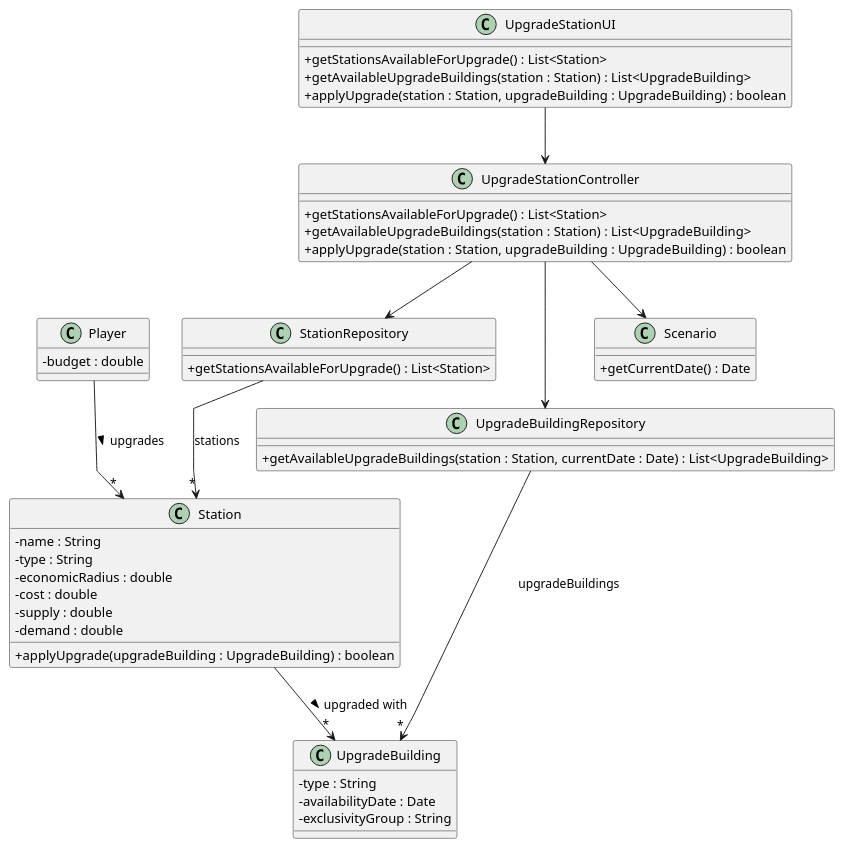
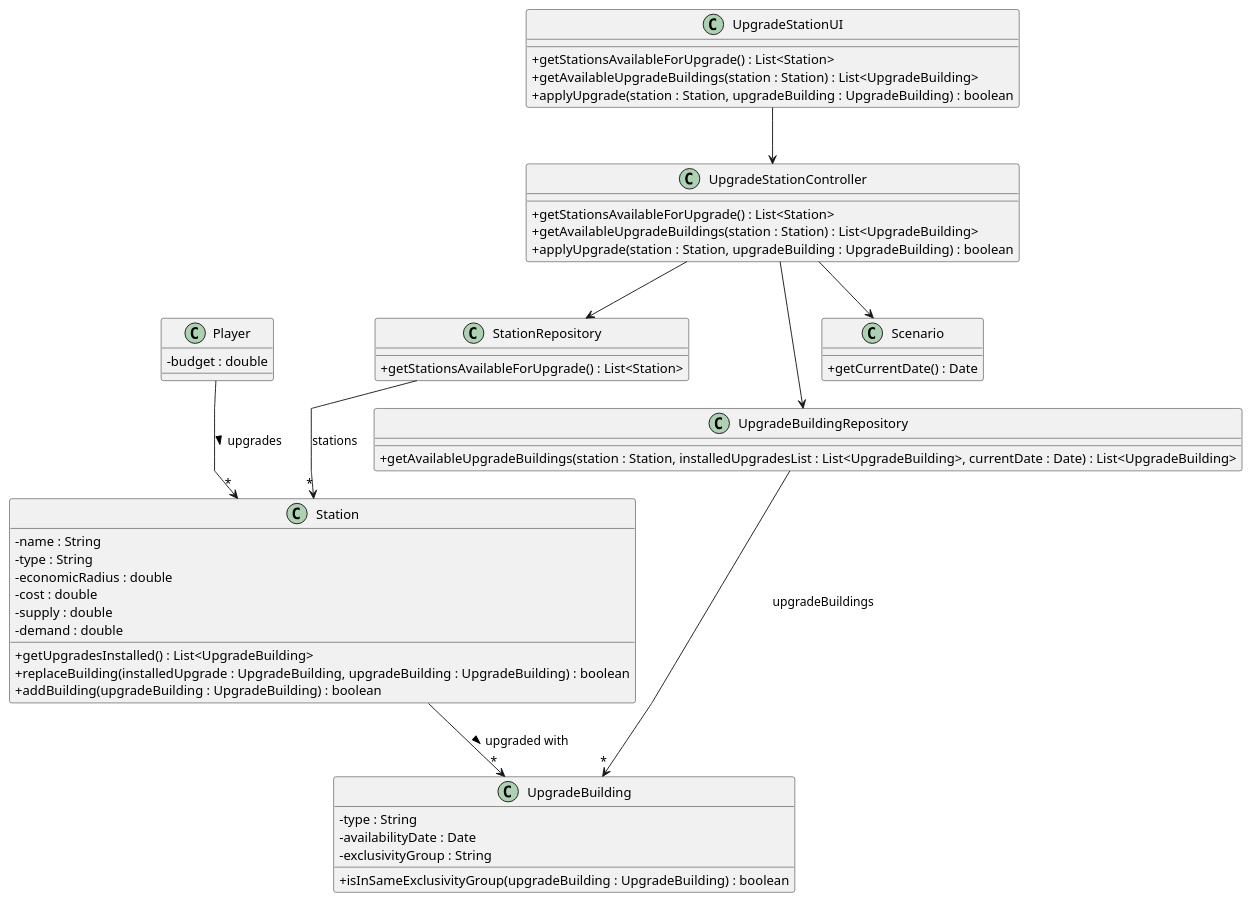
The diagram in docs/system-documentation/sprint 2/US06/03.design/puml/US006-CD.puml (Educ00/mdisc-2425), drawn with PlantUML before and after one commit. The commit also changed 4 other files, not shown here.

```diff
--- a/docs/system-documentation/sprint 2/US06/03.design/puml/US006-CD.puml
+++ b/docs/system-documentation/sprint 2/US06/03.design/puml/US006-CD.puml
@@ -1,60 +1,63 @@
 @startuml
 skinparam packageStyle rectangle
 skinparam shadowing false
 skinparam linetype polyline
 skinparam classAttributeIconSize 0
 
 class Player {
     - budget : double
 }
 
 class UpgradeStationUI {
     + getStationsAvailableForUpgrade() : List<Station>
     + getAvailableUpgradeBuildings(station : Station) : List<UpgradeBuilding>
     + applyUpgrade(station : Station, upgradeBuilding : UpgradeBuilding) : boolean
 }
 
 class UpgradeStationController {
     + getStationsAvailableForUpgrade() : List<Station>
     + getAvailableUpgradeBuildings(station : Station) : List<UpgradeBuilding>
     + applyUpgrade(station : Station, upgradeBuilding : UpgradeBuilding) : boolean
 }
 
 class StationRepository {
     + getStationsAvailableForUpgrade() : List<Station>
 }
 
 class UpgradeBuildingRepository {
-    + getAvailableUpgradeBuildings(station : Station, currentDate : Date) : List<UpgradeBuilding>
+    + getAvailableUpgradeBuildings(station : Station, installedUpgradesList : List<UpgradeBuilding>, currentDate : Date) : List<UpgradeBuilding>
 }
 
 class Station {
     - name : String
     - type : String
     - economicRadius : double
     - cost : double
     - supply : double
     - demand : double
-    + applyUpgrade(upgradeBuilding : UpgradeBuilding) : boolean
+    + getUpgradesInstalled() : List<UpgradeBuilding>
+    + replaceBuilding(installedUpgrade : UpgradeBuilding, upgradeBuilding : UpgradeBuilding) : boolean
+    + addBuilding(upgradeBuilding : UpgradeBuilding) : boolean
 }
 
 class UpgradeBuilding {
     - type : String
     - availabilityDate : Date
     - exclusivityGroup : String
+    + isInSameExclusivityGroup(upgradeBuilding : UpgradeBuilding) : boolean
 }
 
 class Scenario {
     + getCurrentDate() : Date
 }
 
 Player --> "*" Station : upgrades >
 Station --> "*" UpgradeBuilding : upgraded with >
 UpgradeStationUI --> UpgradeStationController
 UpgradeStationController --> StationRepository
 UpgradeStationController --> UpgradeBuildingRepository
 UpgradeStationController --> Scenario
 StationRepository --> "*" Station : stations
 UpgradeBuildingRepository --> "*" UpgradeBuilding : upgradeBuildings
 
 @enduml
```
